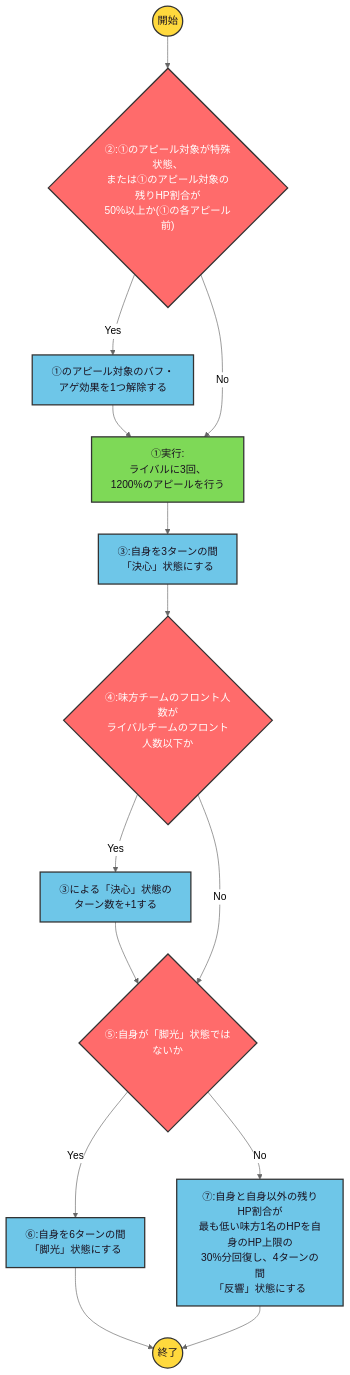
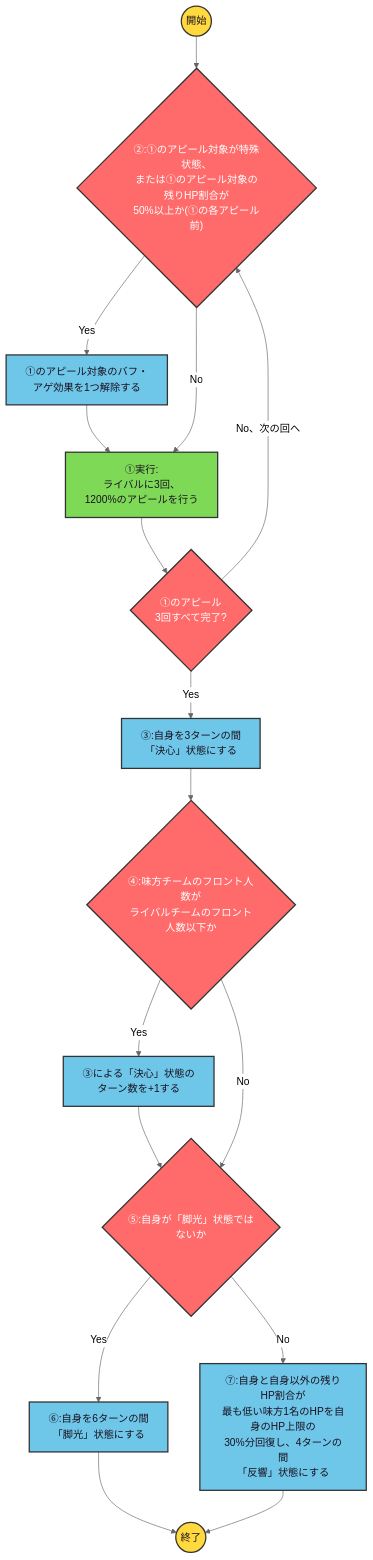
Before and after one commit to ryomochi0918/nogifra-characters: the diagram in data/umezawa_minami/cheatday_skill1.mmd, drawn with Mermaid (neutral theme). The commit also changed 64 other files, not shown here.

```diff
--- a/data/umezawa_minami/cheatday_skill1.mmd
+++ b/data/umezawa_minami/cheatday_skill1.mmd
@@ -1,18 +1,21 @@
 flowchart TD
     classDef startend fill:#FFD93D,stroke:#333,stroke-width:2px,color:#1a1220;
     classDef cond fill:#FF6B6B,stroke:#333,stroke-width:2px,color:#ffffff;
     classDef effect fill:#6EC6E8,stroke:#333,stroke-width:2px,color:#1a1220;
     classDef action fill:#7ED957,stroke:#333,stroke-width:2px,color:#1a1220;
 
     start(("開始")):::startend --> c2
     c2{"②:①のアピール対象が特殊状態、<br/>または①のアピール対象の残りHP割合が<br/>50%以上か(①の各アピール前)"}:::cond
     c2 -->|"Yes"| e2["①のアピール対象のバフ・<br/>アゲ効果を1つ解除する"]:::effect --> a1
     c2 -->|"No"| a1
-    a1["①実行:<br/>ライバルに3回、<br/>1200%のアピールを行う"]:::action --> e3
+    a1["①実行:<br/>ライバルに3回、<br/>1200%のアピールを行う"]:::action --> lc1
+    lc1{"①のアピール<br/>3回すべて完了?"}:::cond
+    lc1 -->|"No、次の回へ"| c2
+    lc1 -->|"Yes"| e3
     e3["③:自身を3ターンの間<br/>「決心」状態にする"]:::effect --> c4
     c4{"④:味方チームのフロント人数が<br/>ライバルチームのフロント人数以下か"}:::cond
     c4 -->|"Yes"| e4["③による「決心」状態の<br/>ターン数を+1する"]:::effect --> c5
     c4 -->|"No"| c5
     c5{"⑤:自身が「脚光」状態ではないか"}:::cond
     c5 -->|"Yes"| e6["⑥:自身を6ターンの間<br/>「脚光」状態にする"]:::effect --> finish(("終了")):::startend
     c5 -->|"No"| e7["⑦:自身と自身以外の残りHP割合が<br/>最も低い味方1名のHPを自身のHP上限の<br/>30%分回復し、4ターンの間<br/>「反響」状態にする"]:::effect --> finish
```
